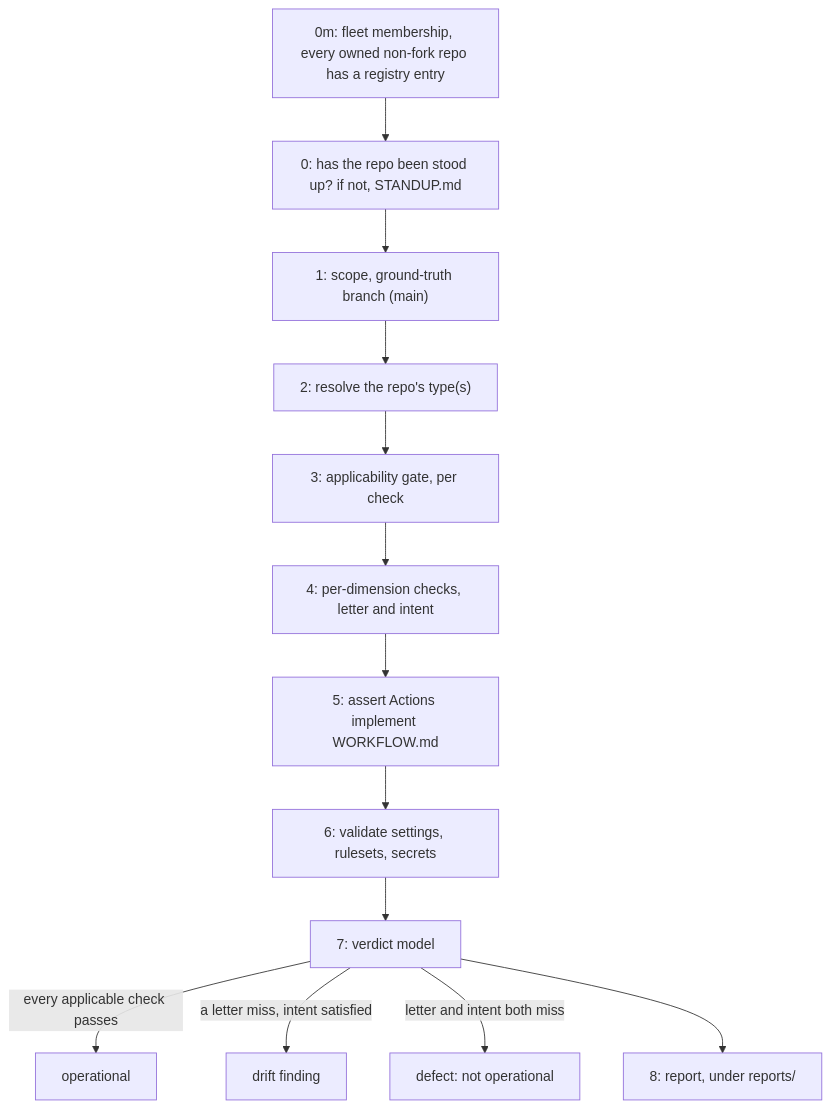
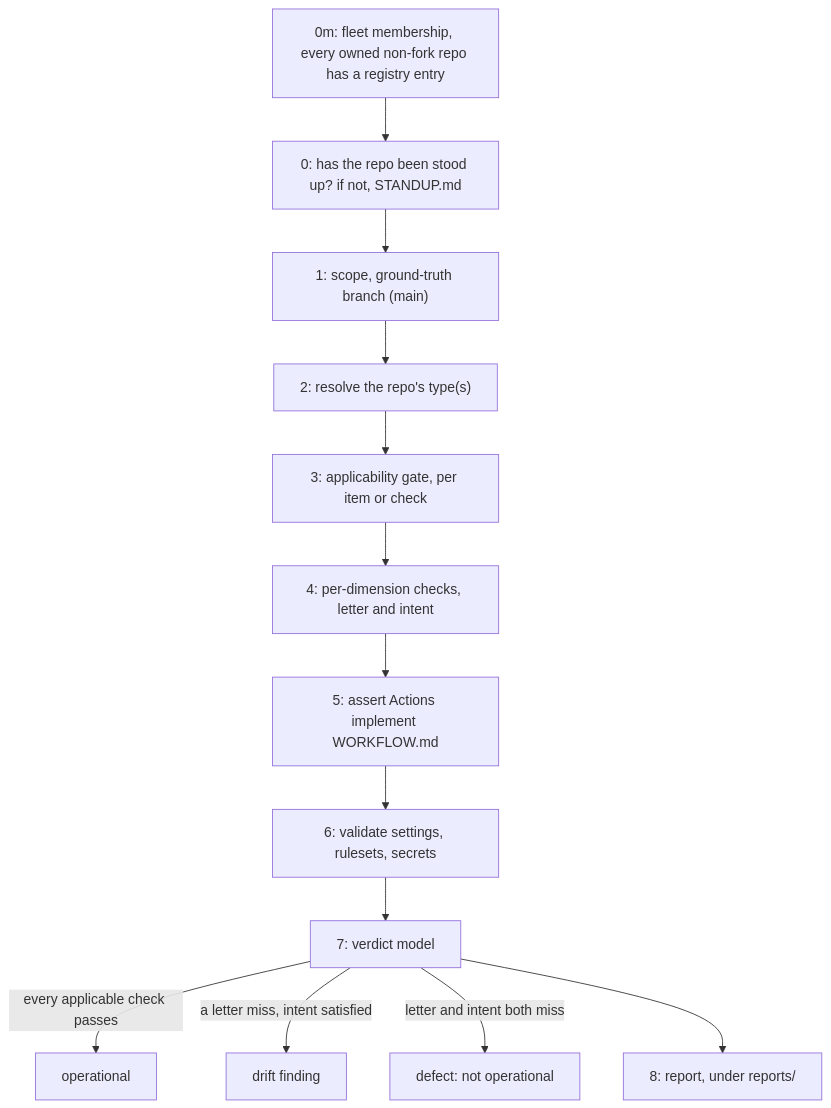
The first of 2 diagrams in AUDIT.md (ptr727/ProjectTemplate), drawn with Mermaid before and after one commit. The commit also changed other lines of this file and 6 other files, not shown here.

````diff
--- a/AUDIT.md
+++ b/AUDIT.md
@@ -10,15 +10,15 @@
 ```mermaid
 flowchart TD
   s0m["0m: fleet membership, every owned non-fork repo has a registry entry"] --> s0["0: has the repo been stood up? if not, STANDUP.md"]
   s0 --> s1["1: scope, ground-truth branch (main)"]
   s1 --> s2["2: resolve the repo's type(s)"]
-  s2 --> s3["3: applicability gate, per check"]
+  s2 --> s3["3: applicability gate, per item or check"]
   s3 --> s4["4: per-dimension checks, letter and intent"]
   s4 --> s5["5: assert Actions implement WORKFLOW.md"]
   s5 --> s6["6: validate settings, rulesets, secrets"]
   s6 --> s7["7: verdict model"]
   s7 -->|"every applicable check passes"| operational["operational"]
   s7 -->|"a letter miss, intent satisfied"| drift["drift finding"]
   s7 -->|"letter and intent both miss"| defect["defect: not operational"]
   s7 --> s8["8: report, under reports/"]
 ```
````
